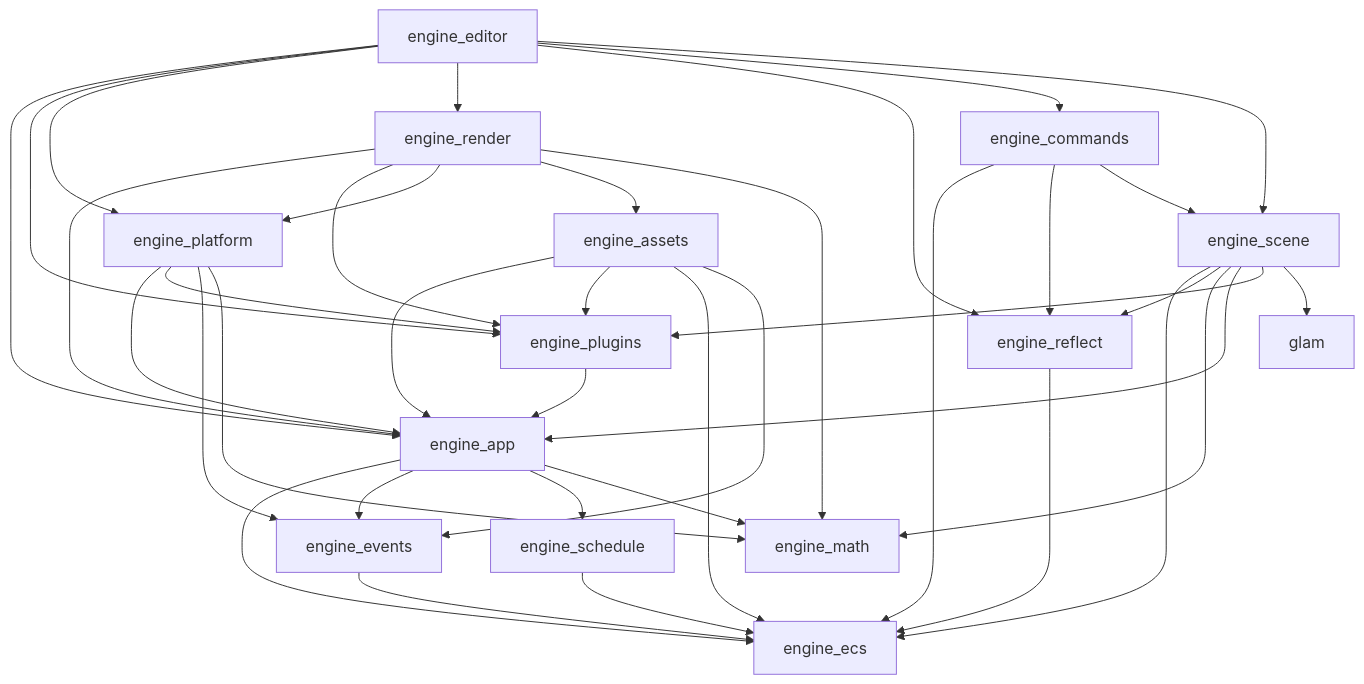
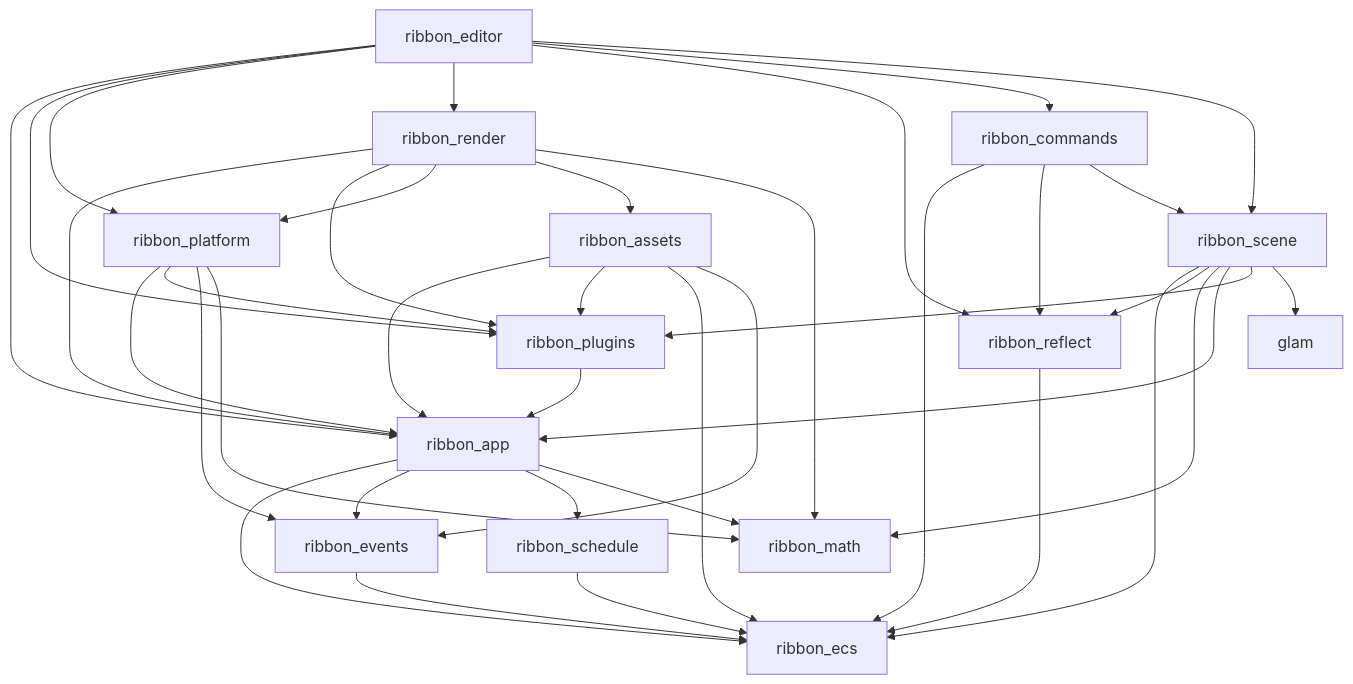
The diagram in ARCHITECTURE.md (ibrahimMohamed124/ribbon_engine), drawn with Mermaid before and after one commit. The commit also changed other lines of this file and 260 other files, not shown here.

Commit message:
refactor: rename engine packages to Ribbon

````diff
--- a/ARCHITECTURE.md
+++ b/ARCHITECTURE.md
@@ -28,16 +28,16 @@
 ```mermaid
 graph TD
-  math[engine_math]
-  ecs[engine_ecs]
-  events[engine_events] --> ecs
-  schedule[engine_schedule] --> ecs
-  reflect[engine_reflect] --> ecs
-  app[engine_app] --> ecs & events & schedule & math
-  plugins[engine_plugins] --> app
-  platform[engine_platform] --> app & plugins & events & math
-  assets[engine_assets] --> app & plugins & ecs & events
-  scene[engine_scene] --> ecs & reflect & math & app & plugins & glam
-  render[engine_render] --> app & plugins & platform & assets & math
-  commands[engine_commands] --> ecs & reflect & scene
-  editor[engine_editor] --> app & plugins & platform & render & reflect & commands & scene
+  math[ribbon_math]
+  ecs[ribbon_ecs]
+  events[ribbon_events] --> ecs
+  schedule[ribbon_schedule] --> ecs
+  reflect[ribbon_reflect] --> ecs
+  app[ribbon_app] --> ecs & events & schedule & math
+  plugins[ribbon_plugins] --> app
+  platform[ribbon_platform] --> app & plugins & events & math
+  assets[ribbon_assets] --> app & plugins & ecs & events
+  scene[ribbon_scene] --> ecs & reflect & math & app & plugins & glam
+  render[ribbon_render] --> app & plugins & platform & assets & math
+  commands[ribbon_commands] --> ecs & reflect & scene
+  editor[ribbon_editor] --> app & plugins & platform & render & reflect & commands & scene
 ```
````
